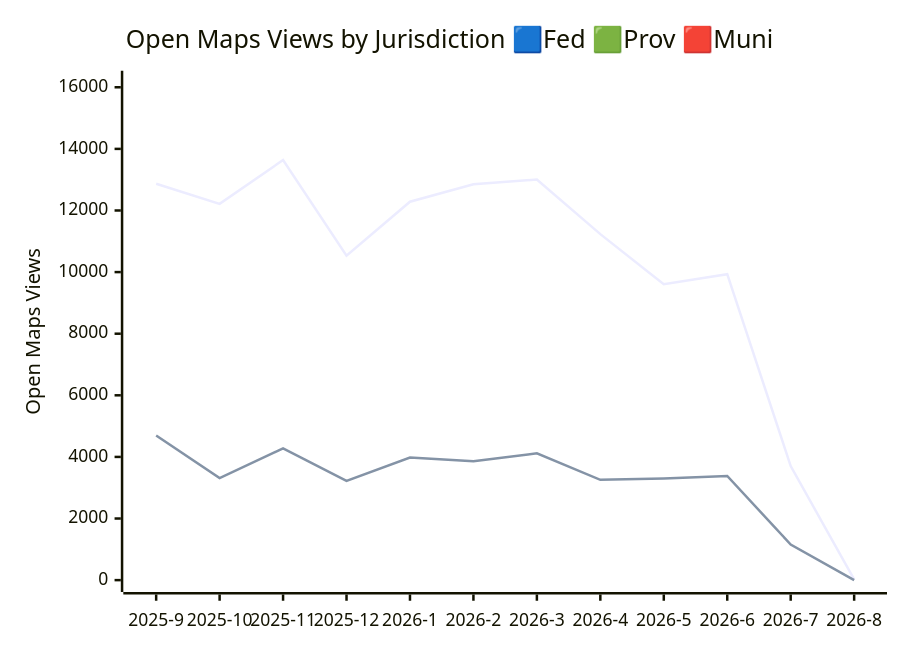
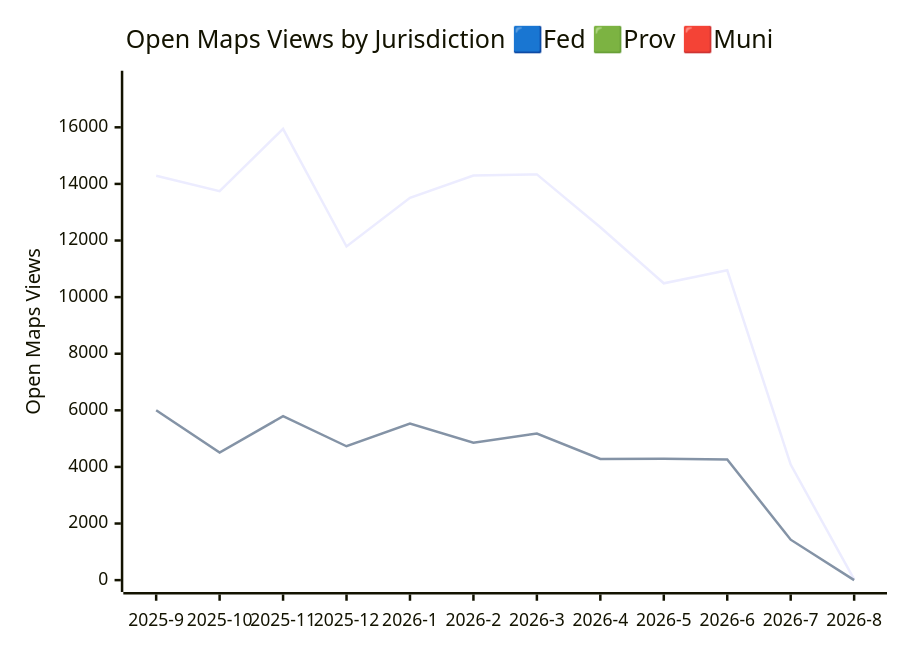
One commit to open-data/analytics-corporate-reporting changed the third of 3 diagrams in JURISDICTION_ANALYTICS_REPORT/readme.md. Above: the diagram before and after it, drawn with Mermaid. The commit also changed other lines of this file and 3 other files, not shown here.

````diff
--- a/JURISDICTION_ANALYTICS_REPORT/readme.md
+++ b/JURISDICTION_ANALYTICS_REPORT/readme.md
@@ -39,9 +39,9 @@
 ```mermaid
 
 xychart-beta
     title "Open Maps Views by Jurisdiction 🟦Fed 🟩Prov 🟥Muni"
     x-axis [2025-9, 2025-10, 2025-11, 2025-12, 2026-1, 2026-2, 2026-3, 2026-4, 2026-5, 2026-6, 2026-7, 2026-8]
-    y-axis "Open Maps Views" 0 --> 16151
-    line [12866, 12214, 13636, 10532, 12285, 12853, 13007, 11232, 9604, 9933, 3703, 23]
-    line [4697, 3314, 4279, 3224, 3978, 3860, 4115, 3255, 3298, 3383, 1156, 0]
+    y-axis "Open Maps Views" 0 --> 17579
+    line [14291, 13745, 15947, 11789, 13507, 14296, 14336, 12467, 10488, 10948, 4083, 23]
+    line [6004, 4507, 5792, 4730, 5535, 4857, 5181, 4280, 4286, 4262, 1429, 1]
 ```
````
